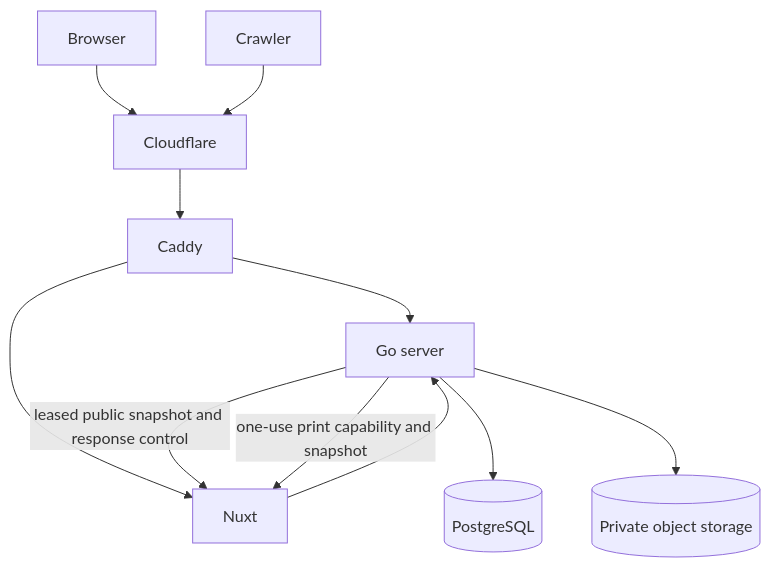
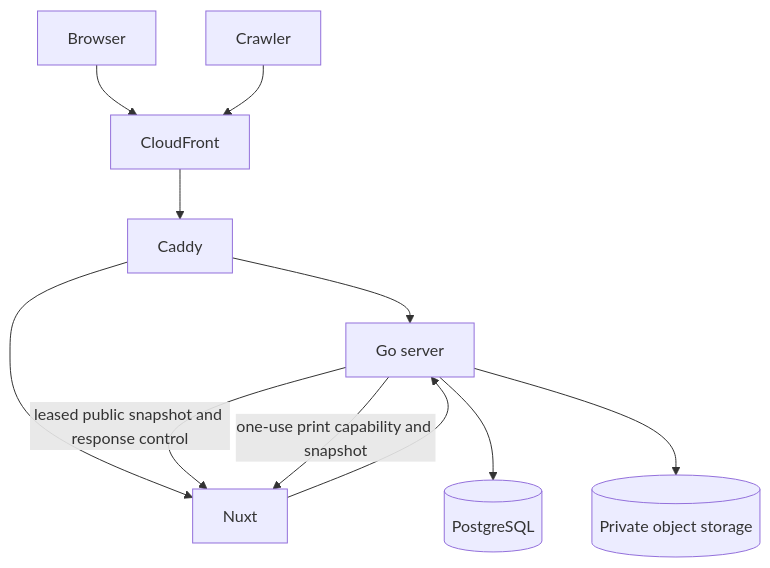
The diagram in docs/design/system.md (dannyota/aboutme), drawn with Mermaid before and after one commit. The commit also changed other lines of this file and 15 other files, not shown here.

First line of the commit message:
docs: describe CloudFront as the production edge

````diff
--- a/docs/design/system.md
+++ b/docs/design/system.md
@@ -17,13 +17,13 @@
 ```mermaid
 graph TD
-    U[Browser] --> CF[Cloudflare]
+    U[Browser] --> CF[CloudFront]
     R[Crawler] --> CF
     CF --> CA[Caddy]
     CA --> GO[Go server]
     CA --> NX[Nuxt]
     GO -->|leased public snapshot and response control| NX
     NX --> GO
     GO --> PG[(PostgreSQL)]
     GO --> OS[(Private object storage)]
     GO -->|one-use print capability and snapshot| NX
 ```
````
